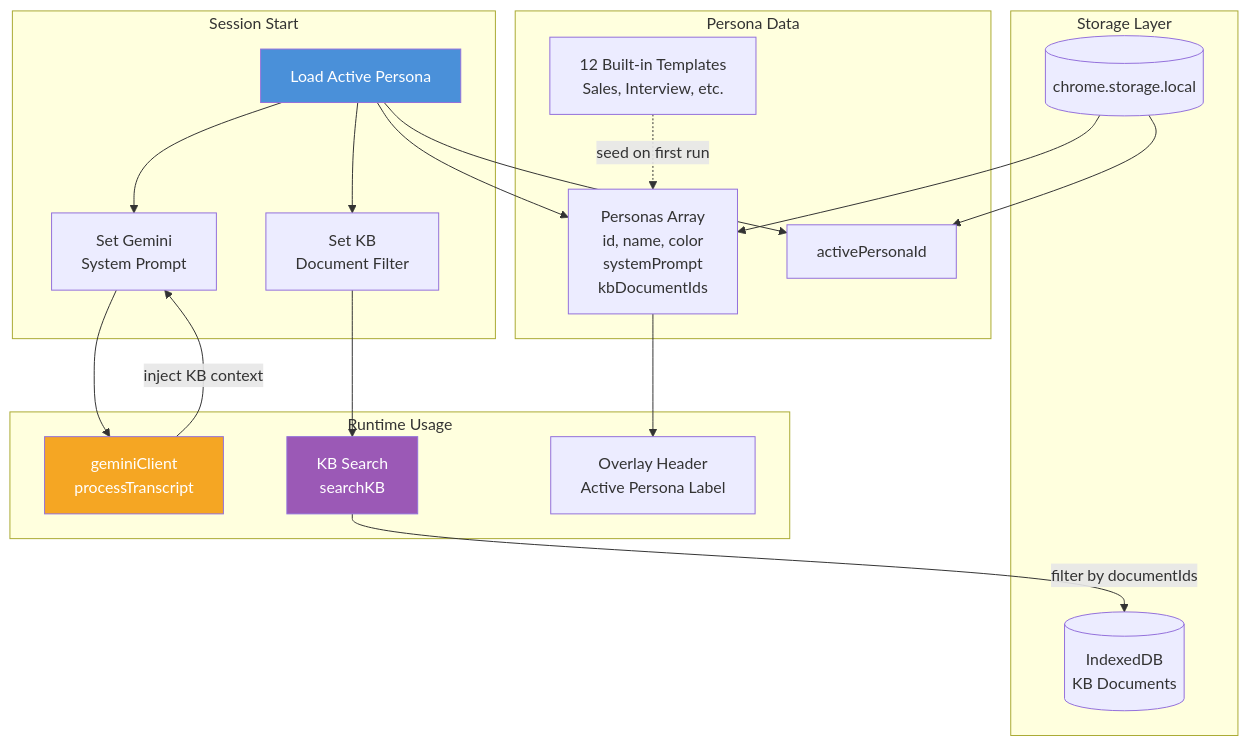
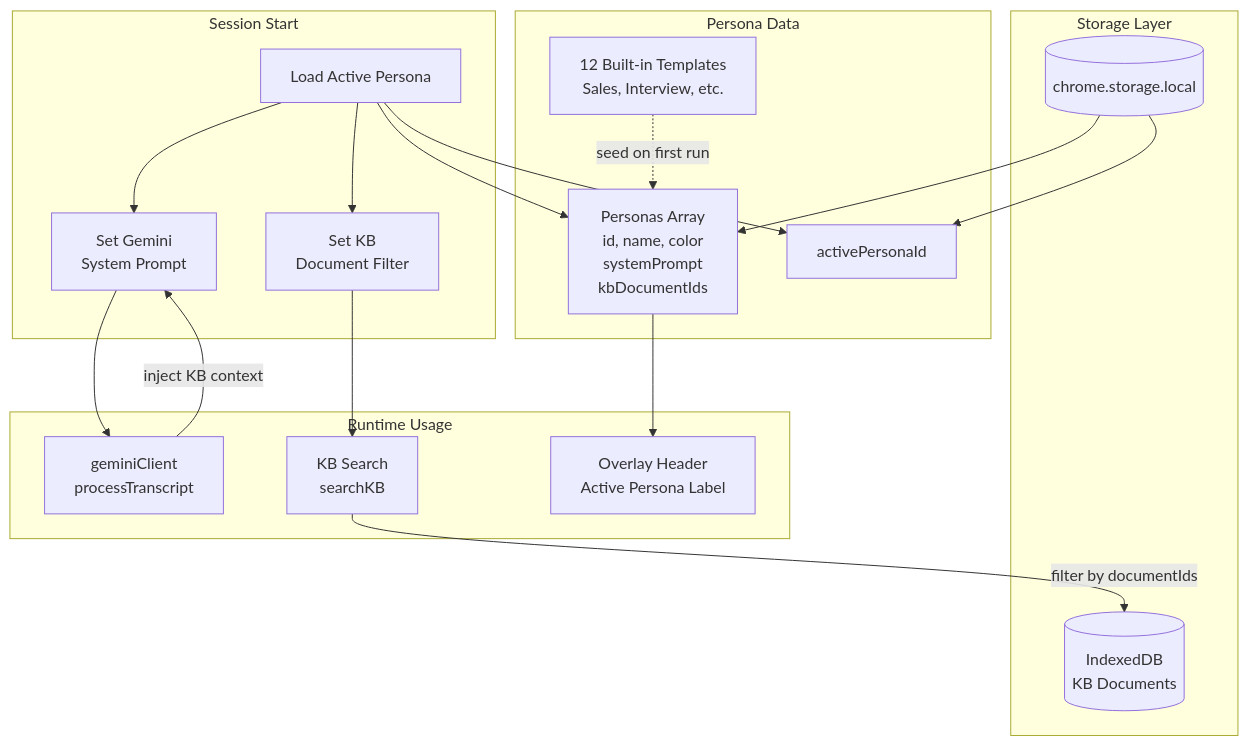
Before and after one commit to AntoineDubuc/wingman-ai: the fourth of 4 diagrams in docs/diagrams/ARCHITECTURE.md, drawn with Mermaid. The commit also changed other lines of this file and 1 other file, not shown here.

First line of the commit message:
fix: Remove custom colors from Mermaid diagrams for dark mode compatibility

````diff
--- a/docs/diagrams/ARCHITECTURE.md
+++ b/docs/diagrams/ARCHITECTURE.md
@@ -165,46 +151,43 @@
 ```mermaid
 graph TB
     subgraph "Storage Layer"
         Storage[(chrome.storage.local)]
         IDB[(IndexedDB<br/>KB Documents)]
     end
 
     subgraph "Persona Data"
         Personas[Personas Array<br/>id, name, color<br/>systemPrompt<br/>kbDocumentIds]
         ActiveID[activePersonaId]
         Templates[12 Built-in Templates<br/>Sales, Interview, etc.]
     end
 
     subgraph "Session Start"
         Load[Load Active Persona]
         SetPrompt[Set Gemini<br/>System Prompt]
         SetFilter[Set KB<br/>Document Filter]
     end
 
     subgraph "Runtime Usage"
         GeminiClient[geminiClient<br/>processTranscript]
         KBSearch[KB Search<br/>searchKB]
         Overlay2[Overlay Header<br/>Active Persona Label]
     end
 
     Storage --> Personas
     Storage --> ActiveID
     Templates -.->|seed on first run| Personas
 
     Load --> Personas
     Load --> ActiveID
     Load --> SetPrompt
     Load --> SetFilter
 
     SetPrompt --> GeminiClient
     SetFilter --> KBSearch
 
     KBSearch -->|filter by documentIds| IDB
     GeminiClient -->|inject KB context| SetPrompt
 
     Personas --> Overlay2
 
-    style Load fill:#4A90D9,color:#fff
-    style GeminiClient fill:#F5A623,color:#fff
-    style KBSearch fill:#9B59B6,color:#fff
 ```
````
